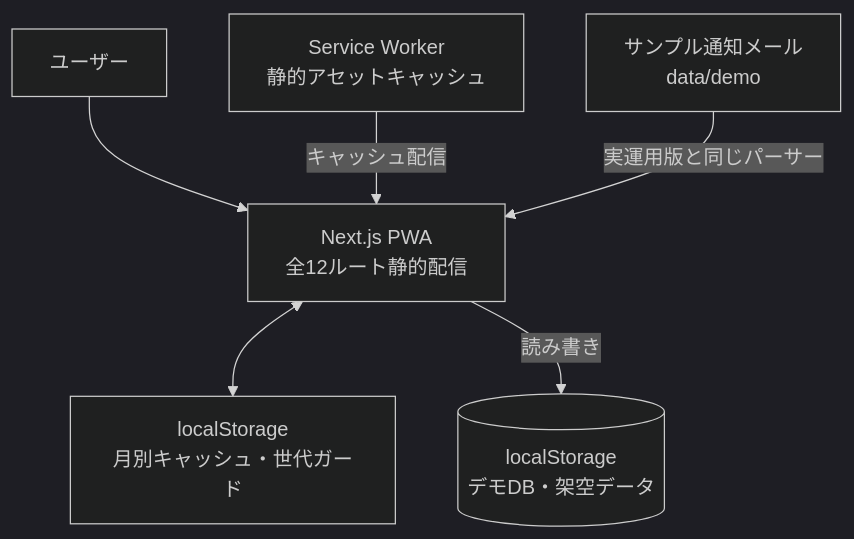
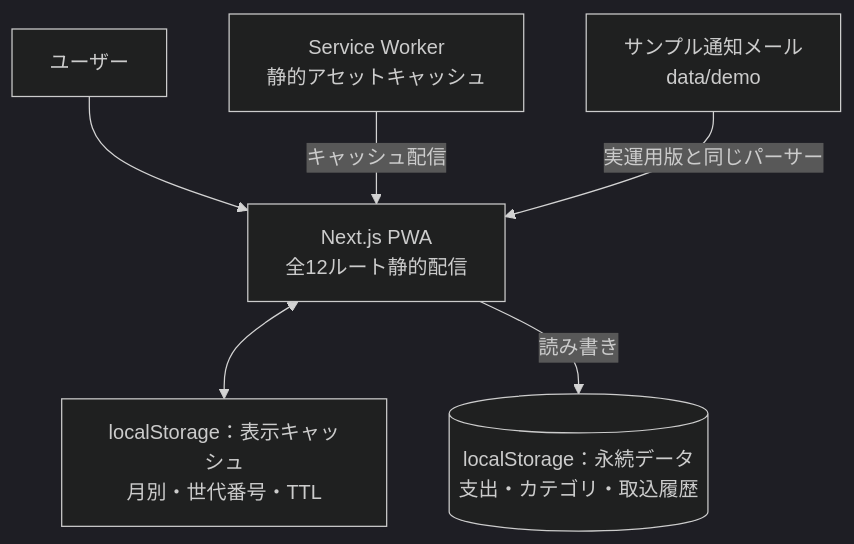
The first of 2 diagrams in README.md (taiha1111gi-debug/kakeibo-demo), drawn with Mermaid (dark theme) before and after one commit. The commit also changed other lines of this file and 3 other files, not shown here.

````diff
--- a/README.md
+++ b/README.md
@@ -56,8 +75,8 @@
 ```mermaid
 flowchart TD
     U[ユーザー] --> P[Next.js PWA<br/>全12ルート静的配信]
     W[Service Worker<br/>静的アセットキャッシュ] -->|キャッシュ配信| P
     M[サンプル通知メール<br/>data/demo] -->|実運用版と同じパーサー| P
-    P <--> C[localStorage<br/>月別キャッシュ・世代ガード]
-    P -->|読み書き| D[(localStorage<br/>デモDB・架空データ)]
+    P <--> C[localStorage：表示キャッシュ<br/>月別・世代番号・TTL]
+    P -->|読み書き| D[(localStorage：永続データ<br/>支出・カテゴリ・取込履歴)]
 ```
````
